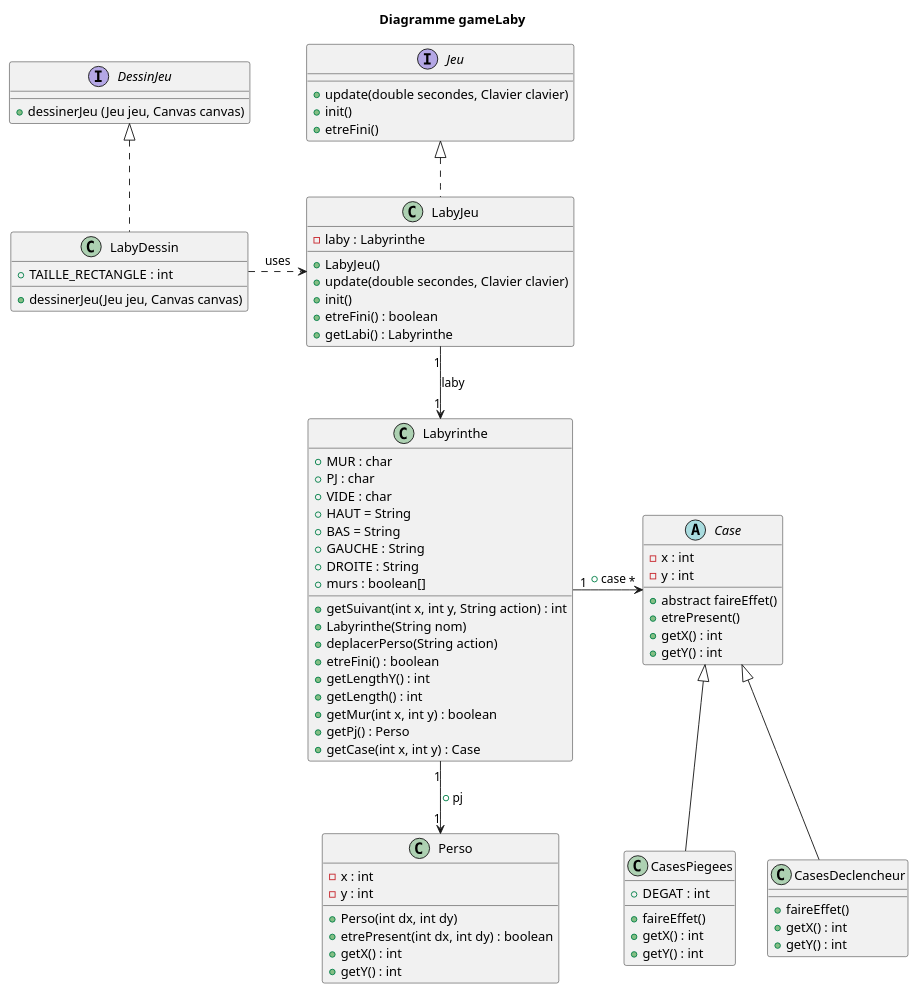
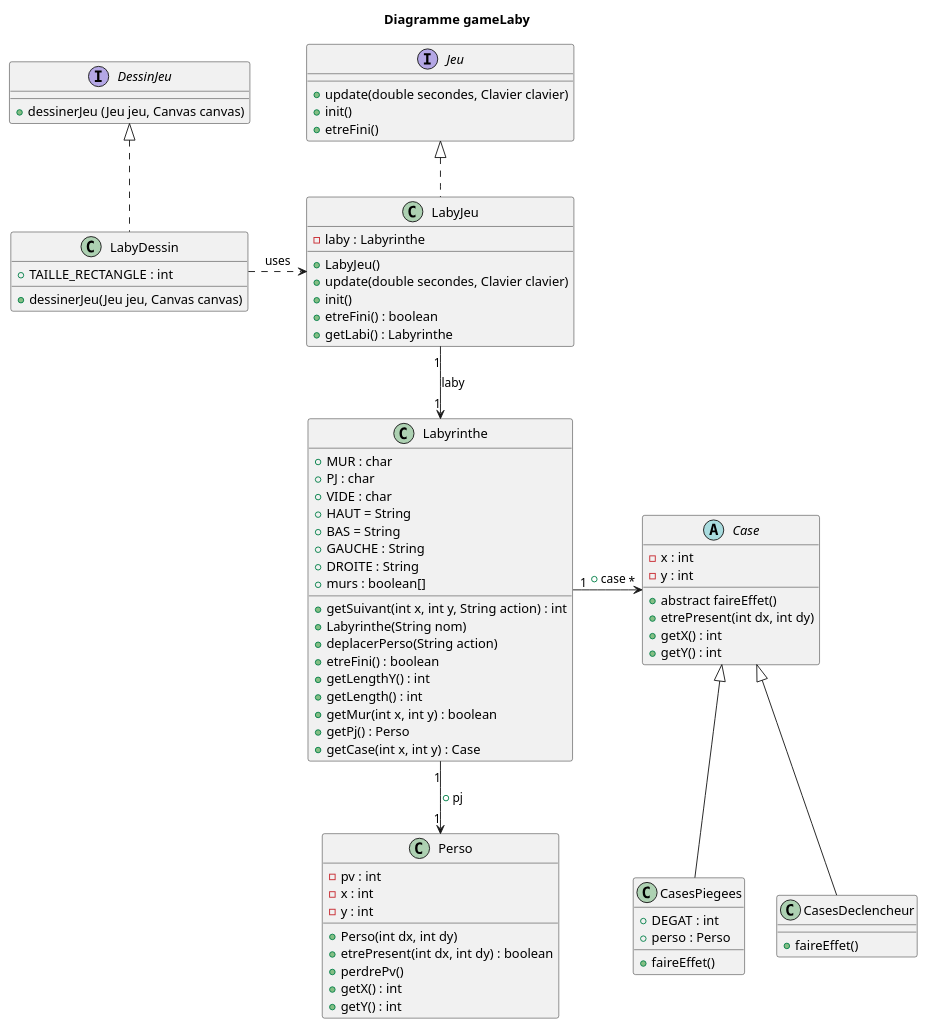
The diagram in zeldiablo/src/diag_classe_Case.puml (Cedran-Bastien/2022_Zeldiablo_Retter_Perez_Hergott_Bastien), drawn with PlantUML before and after one commit. The commit also changed 1 other file, not shown here.

```diff
--- a/zeldiablo/src/diag_classe_Case.puml
+++ b/zeldiablo/src/diag_classe_Case.puml
@@ -1,92 +1,91 @@
 @startuml
 'https://plantuml.com/class-diagram
 
 title Diagramme gameLaby
 
 interface Jeu {
     +update(double secondes, Clavier clavier)
     +init()
     +etreFini()
     }
 
 interface DessinJeu {
     +dessinerJeu (Jeu jeu, Canvas canvas)
     }
 
 
 
 class LabyDessin{
     +TAILLE_RECTANGLE : int
     +dessinerJeu(Jeu jeu, Canvas canvas)
 }
 
 class LabyJeu{
     -laby : Labyrinthe
     +LabyJeu()
     +update(double secondes, Clavier clavier)
     +init()
     +etreFini() : boolean
     +getLabi() : Labyrinthe
     }
 
 class Perso{
+    -pv : int
     -x : int
     -y : int
     +Perso(int dx, int dy)
     +etrePresent(int dx, int dy) : boolean
+    +perdrePv()
     +getX() : int
     +getY() : int
     }
 
 class Labyrinthe{
     +MUR : char
     +PJ : char
     +VIDE : char
     +HAUT = String
     +BAS = String
     +GAUCHE : String
     +DROITE : String
     +murs : boolean[]
     +getSuivant(int x, int y, String action) : int
     +Labyrinthe(String nom)
     +deplacerPerso(String action)
     +etreFini() : boolean
      +getLengthY() : int
      +getLength() : int
      +getMur(int x, int y) : boolean
      +getPj() : Perso
      +getCase(int x, int y) : Case
     }
 
 abstract Case{
     - x : int
     - y : int
     + abstract faireEffet()
-    + etrePresent()
+    + etrePresent(int dx, int dy)
     + getX() : int
     + getY() : int
 }
 
 class CasesDeclencheur{
     + faireEffet()
-    + getX() : int
-    + getY() : int
 }
 
 class CasesPiegees{
     + DEGAT : int
+    + perso : Perso
     + faireEffet()
-    + getX() : int
-    + getY() : int
 }
 
 DessinJeu <|.. LabyDessin
 Jeu <|.. LabyJeu
 Labyrinthe "1" --> "1" Perso : +pj
 Labyrinthe "1" -> "*" Case : +case
 LabyDessin .> LabyJeu : uses
 LabyJeu "1" --> "1" Labyrinthe : laby
 Case <|-- CasesDeclencheur
 Case <|-- CasesPiegees
 
 @enduml
```
